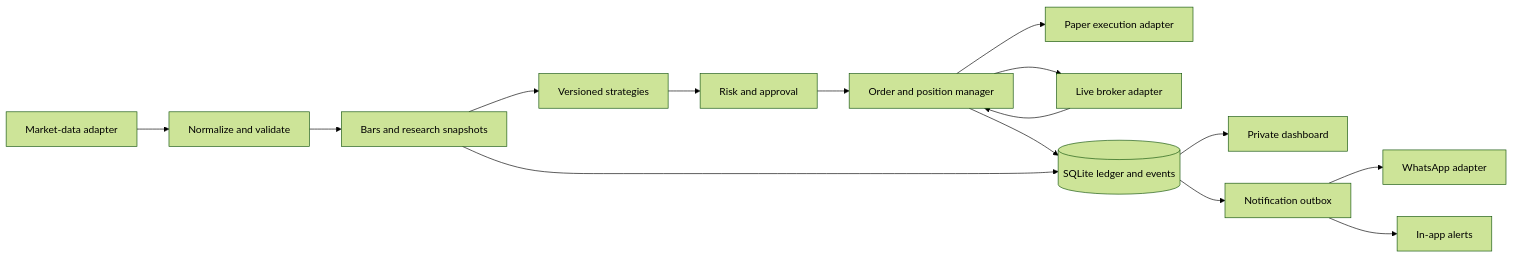
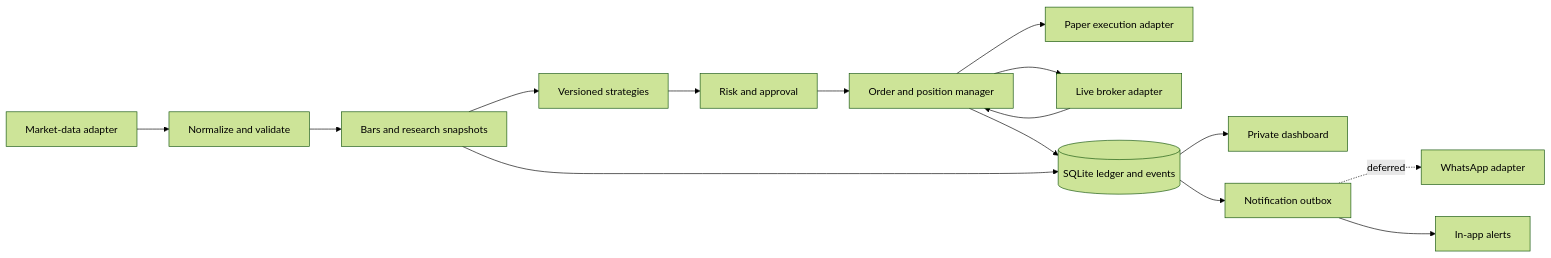
Before and after one commit to mukul2345/signaldesk-private: the diagram in docs/requirements-design.md, drawn with Mermaid (forest theme). The commit also changed other lines of this file, not shown here.

Commit message:
Clarify deferred WhatsApp scope

````diff
--- a/docs/requirements-design.md
+++ b/docs/requirements-design.md
@@ -162,17 +162,17 @@
 ```mermaid
 flowchart LR
   MD[Market-data adapter] --> N[Normalize and validate]
   N --> B[Bars and research snapshots]
   B --> S[Versioned strategies]
   S --> R[Risk and approval]
   R --> O[Order and position manager]
   O --> P[Paper execution adapter]
   O --> X[Live broker adapter]
   X --> O
   O --> DB[(SQLite ledger and events)]
   B --> DB
   DB --> UI[Private dashboard]
   DB --> Q[Notification outbox]
-  Q --> WA[WhatsApp adapter]
+  Q -. deferred .-> WA[WhatsApp adapter]
   Q --> IA[In-app alerts]
 ```
````
